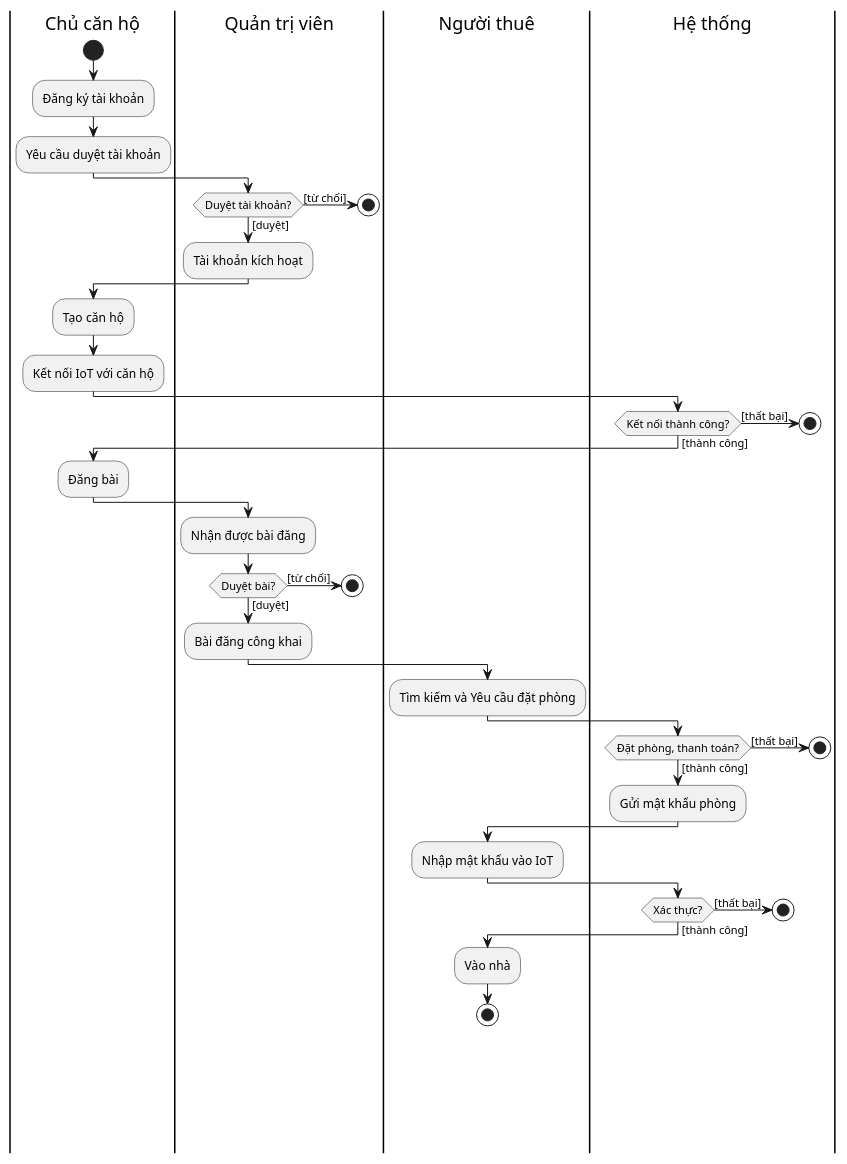
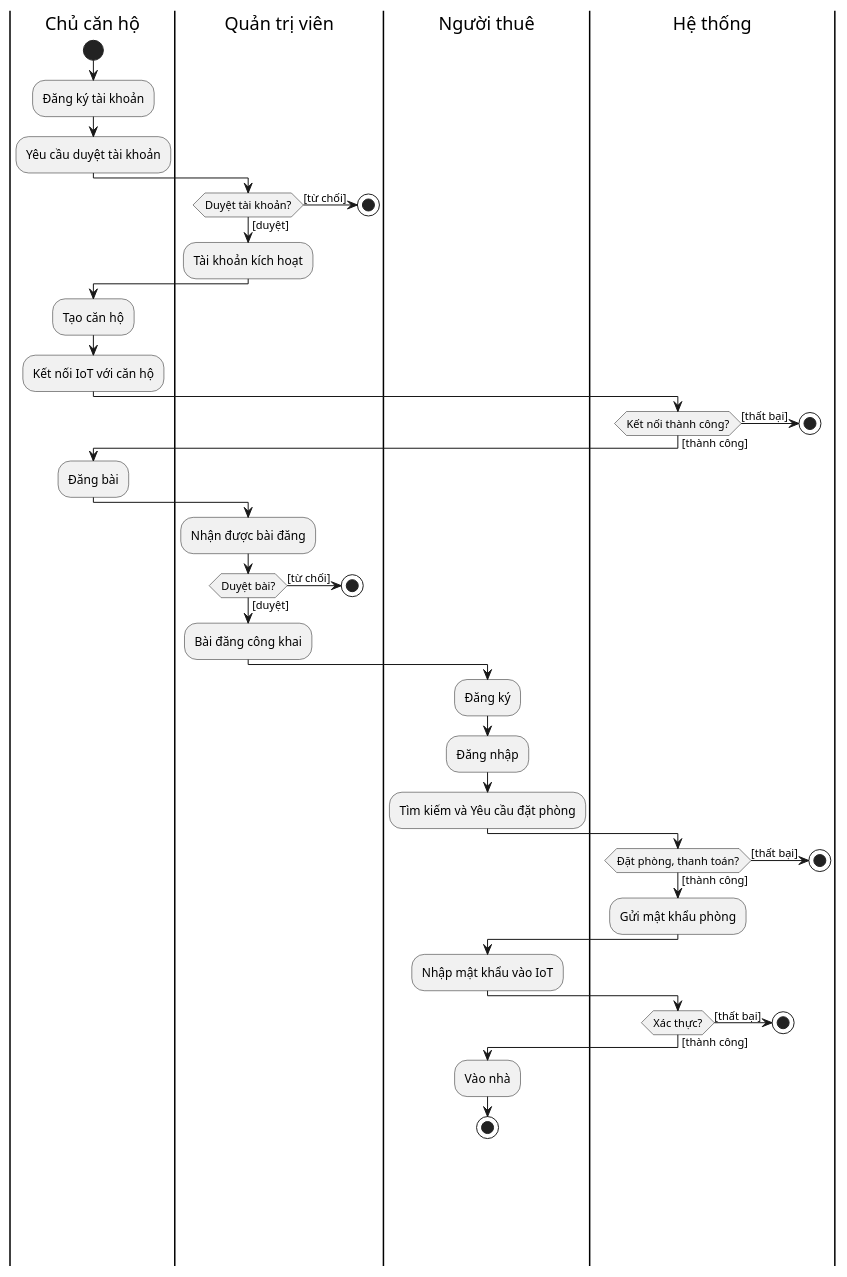
Before and after one commit to nho-moi-so/quan-ly-tim-kiem-phong-tro: the diagram in diagrams/activity.puml, drawn with PlantUML. The commit also changed 11 other files, not shown here.

Commit message:
done version 1.0 diagram

```diff
--- a/diagrams/activity.puml
+++ b/diagrams/activity.puml
@@ -1,88 +1,88 @@
 @startuml activity-diagram
 ' ' --- Tiêu đề và Cài đặt Giao diện ---
 ' title Quy trình hệ thống quản lý và tìm kiếm căn hộ
 
 ' --- Định nghĩa các Swimlane (Tác nhân) ---
 |Chủ căn hộ|
 |Quản trị viên|
 |Người thuê|
 |Hệ thống|
 
 ' --- Luồng 1: Chủ căn hộ (Owner) ---
 |Chủ căn hộ|
 start
 :Đăng ký tài khoản;
 ' ---Luồng quản trị viên duyệt tài khoản Chủ căn hộ---
 :Yêu cầu duyệt tài khoản;
 |Quản trị viên|
 if (Duyệt tài khoản?) then ([từ chối])
     ' :Thông báo từ chối \ncho Chủ căn hộ;
     ' |Chủ căn hộ|
     ' :Nhận thông \nbáo lỗi;
     stop
 else ([duyệt])
     :Tài khoản kích hoạt;
 |Chủ căn hộ|
 :Tạo căn hộ;
 
 ' --- Luồng kết nối IoT ---
 :Kết nối IoT với căn hộ;
 |Hệ thống|
 if(Kết nối thành công?) then ([thất bại])
     ' :Thông báo lỗi \ncho Chủ căn hộ;
     ' |Chủ căn hộ|
     ' :Nhận thông \nbáo lỗi;
     stop
 else ([thành công])
     ' :Xác nhận kết nối \nthành công;
 
 ' Luồng đăng bài
 |Chủ căn hộ|
 :Đăng bài;
 
 ' --- Luồng 2: Quản trị viên (Admin) ---
 |Quản trị viên|
 :Nhận được bài đăng;
 if (Duyệt bài?) then ([từ chối])
     ' :Thông báo từ chối \ncho Chủ căn hộ;
     stop
 else ([duyệt])
     :Bài đăng công khai;
 
 ' --- Luồng 3: Người thuê (Tenant) ---
 |Người thuê|
-    ' :Đăng ký;
-    ' :Đăng nhập;
+    :Đăng ký;
+    :Đăng nhập;
     :Tìm kiếm và Yêu cầu đặt phòng;
 
 ' --- Luồng 4: Hệ thống (Xử lý thanh toán) ---
 |Hệ thống|
     if (Đặt phòng, thanh toán?) then ([thất bại])
         ' :Thông báo \nthanh toán thất bại;
         ' |Người thuê|
         ' :Nhận thông \nbáo lỗi;
         stop
     else ([thành công])
         :Gửi mật khẩu phòng;
 
 ' --- Luồng 5: Người thuê (Check-in) ---
 |Người thuê|
         :Nhập mật khẩu vào IoT;
 
 ' --- Luồng 6: Hệ thống (Xác thực IoT) ---
 |Hệ thống|
         if(Xác thực?) then ([thất bại])
             ' :Thông báo lỗi \ncho Người thuê;
             ' |Người thuê|
             ' :Nhận thông \nbáo lỗi;
             stop
         else ([thành công])
         
 ' --- Luồng 7: Người thuê (Vào nhà) ---
 |Người thuê|
         :Vào nhà;
         stop
     endif
 endif
 
 @enduml
```
